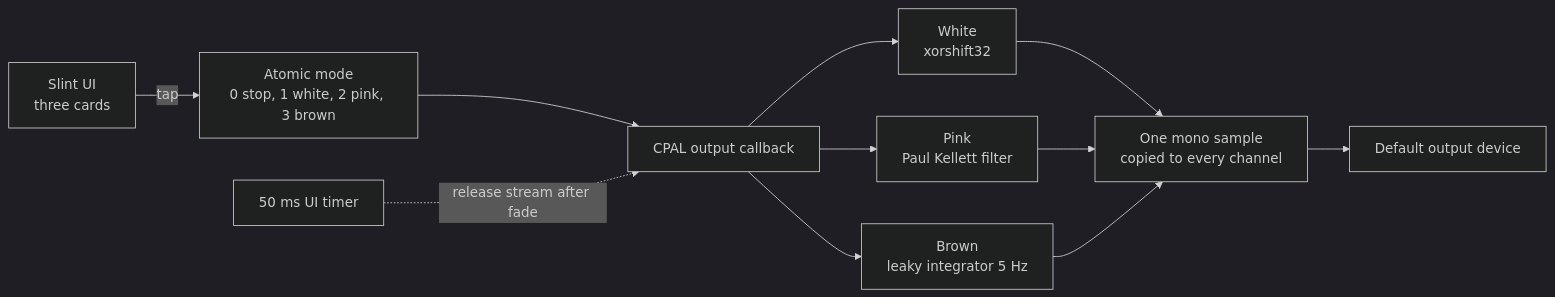
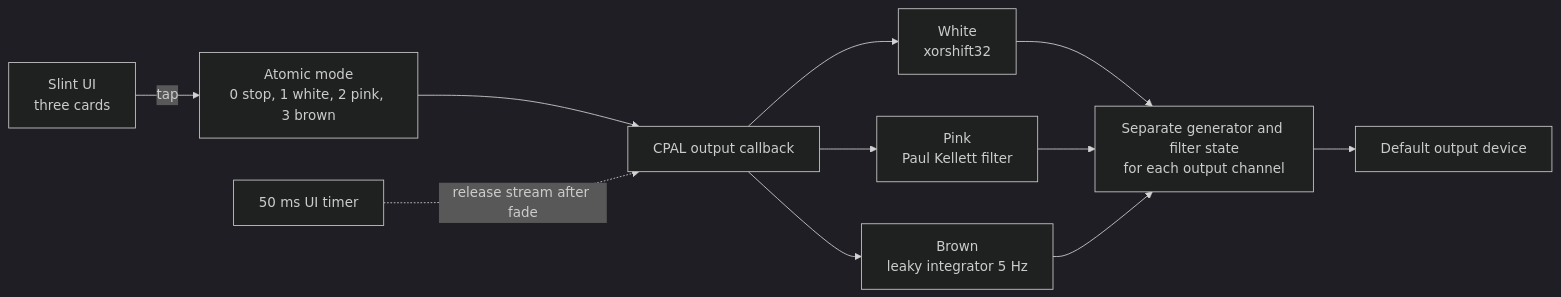
Before and after one commit to fimln/fi-focus: the diagram in README.md, drawn with Mermaid (dark theme). The commit also changed other lines of this file and 2 other files, not shown here.

Commit message:
Use independent noise generators per channel

````diff
--- a/README.md
+++ b/README.md
@@ -31,13 +31,13 @@
 ```mermaid
 flowchart LR
     UI[Slint UI<br/>three cards] -->|tap| ST[Atomic mode<br/>0 stop, 1 white, 2 pink, 3 brown]
     ST --> CB[CPAL output callback]
     CB --> W[White<br/>xorshift32]
     CB --> P[Pink<br/>Paul Kellett filter]
     CB --> B[Brown<br/>leaky integrator 5 Hz]
-    W --> M[One mono sample<br/>copied to every channel]
+    W --> M[Separate generator and filter state<br/>for each output channel]
     P --> M
     B --> M
     M --> OUT[Default output device]
     T[50 ms UI timer] -.->|release stream after fade| CB
 ```
````
